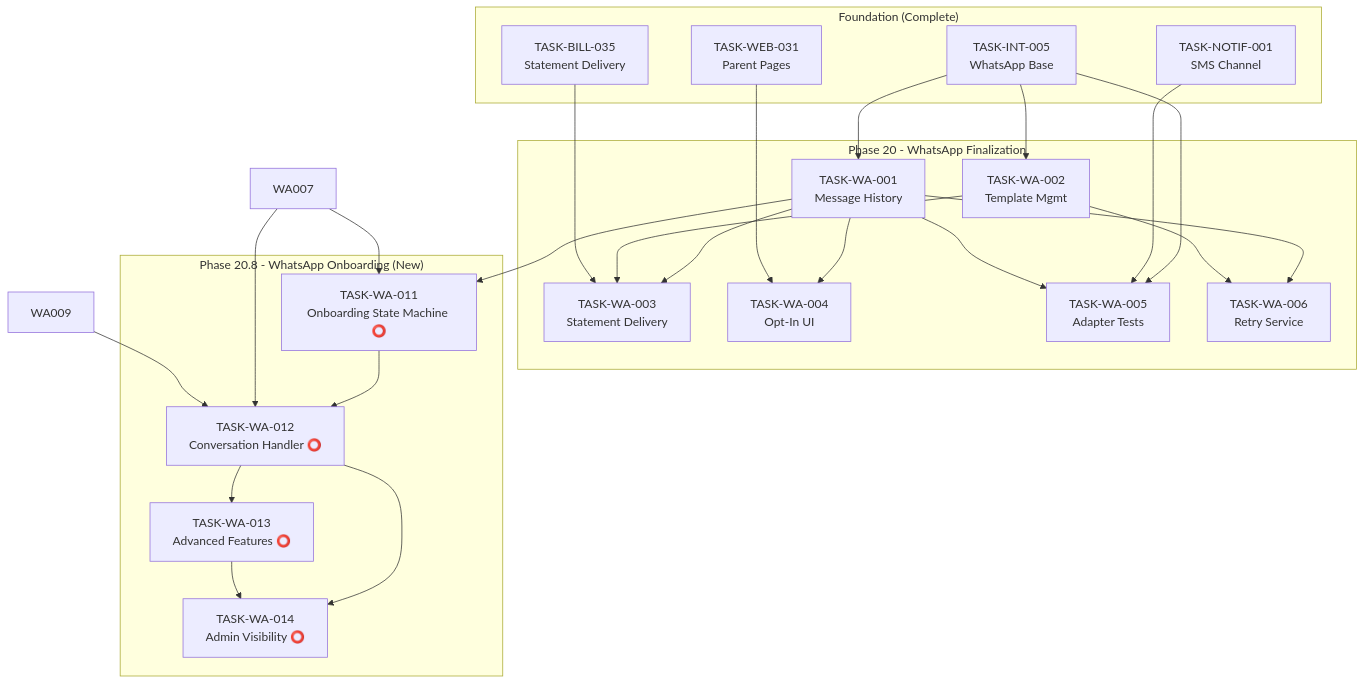
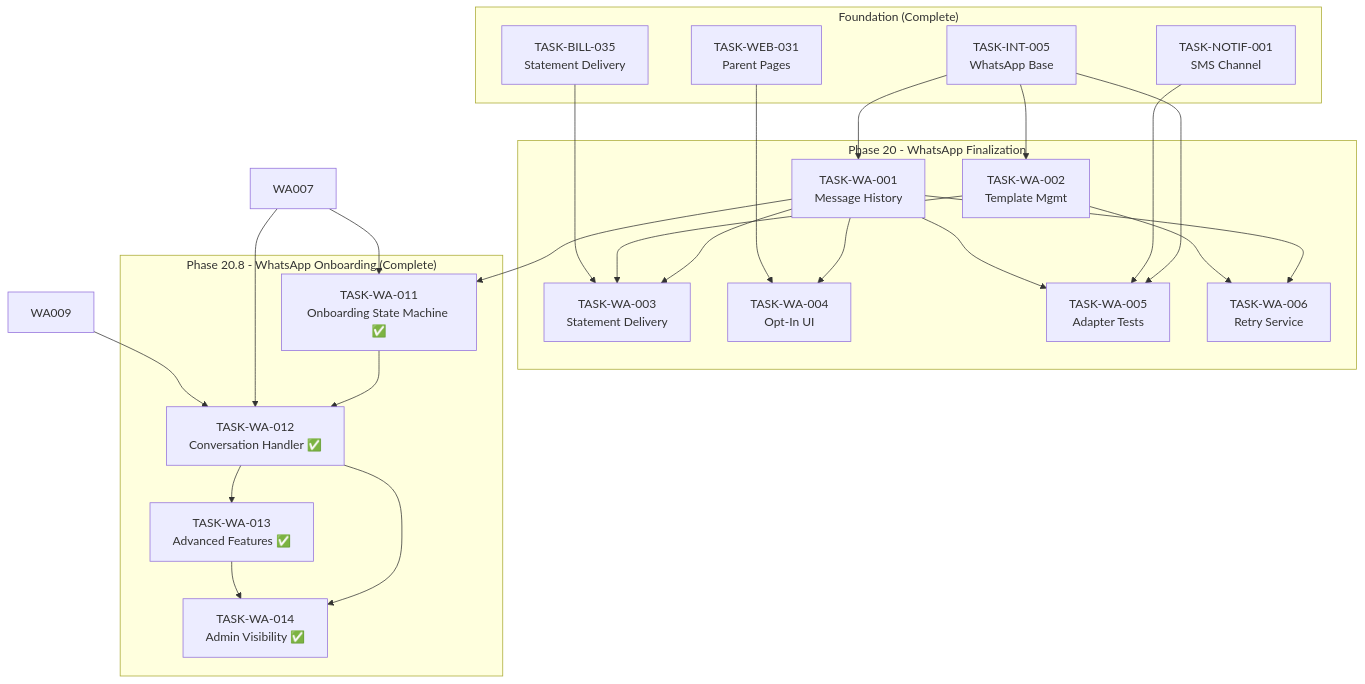
The seventh of 15 diagrams in specs/tasks/_index.md (Smashkat12/crechebooks), drawn with Mermaid before and after one commit. The commit also changed other lines of this file and 1 other file, not shown here.

Commit message:
docs: mark TASK-WA-011 to WA-014 as complete in tracking files
Phase 28 WhatsApp Parent Onboarding fully implemented:
- TASK-WA-011: State machine, session model, types
- TASK-WA-012: 16-step conversation handler
- TASK-WA-013: Multi-child, media, CRON, edit flow
- TASK-WA-014: Admin API, tests (101 passing)

Updated coverage: 80% (35/44 features complete)
Updated template names to v3 versions with fixed URLs

````diff
--- a/specs/tasks/_index.md
+++ b/specs/tasks/_index.md
@@ -1787,47 +1787,47 @@
 ```mermaid
 graph TD
     subgraph "Foundation (Complete)"
         INT005[TASK-INT-005<br/>WhatsApp Base]
         BILL035[TASK-BILL-035<br/>Statement Delivery]
         NOTIF001[TASK-NOTIF-001<br/>SMS Channel]
         WEB031[TASK-WEB-031<br/>Parent Pages]
     end
 
     subgraph "Phase 20 - WhatsApp Finalization"
         WA001[TASK-WA-001<br/>Message History]
         WA002[TASK-WA-002<br/>Template Mgmt]
         WA003[TASK-WA-003<br/>Statement Delivery]
         WA004[TASK-WA-004<br/>Opt-In UI]
         WA005[TASK-WA-005<br/>Adapter Tests]
         WA006[TASK-WA-006<br/>Retry Service]
     end
 
-    subgraph "Phase 20.8 - WhatsApp Onboarding (New)"
-        WA011[TASK-WA-011<br/>Onboarding State Machine ⭕]
-        WA012[TASK-WA-012<br/>Conversation Handler ⭕]
-        WA013[TASK-WA-013<br/>Advanced Features ⭕]
-        WA014[TASK-WA-014<br/>Admin Visibility ⭕]
+    subgraph "Phase 20.8 - WhatsApp Onboarding (Complete)"
+        WA011[TASK-WA-011<br/>Onboarding State Machine ✅]
+        WA012[TASK-WA-012<br/>Conversation Handler ✅]
+        WA013[TASK-WA-013<br/>Advanced Features ✅]
+        WA014[TASK-WA-014<br/>Admin Visibility ✅]
     end
 
     INT005 --> WA001
     INT005 --> WA002
     WA001 --> WA003
     WA002 --> WA003
     BILL035 --> WA003
     WA001 --> WA004
     WEB031 --> WA004
     INT005 --> WA005
     NOTIF001 --> WA005
     WA001 --> WA005
     WA001 --> WA006
     WA002 --> WA006
 
     WA001 --> WA011
     WA007 --> WA011
     WA011 --> WA012
     WA007 --> WA012
     WA009 --> WA012
     WA012 --> WA013
     WA012 --> WA014
     WA013 --> WA014
 ```
````
